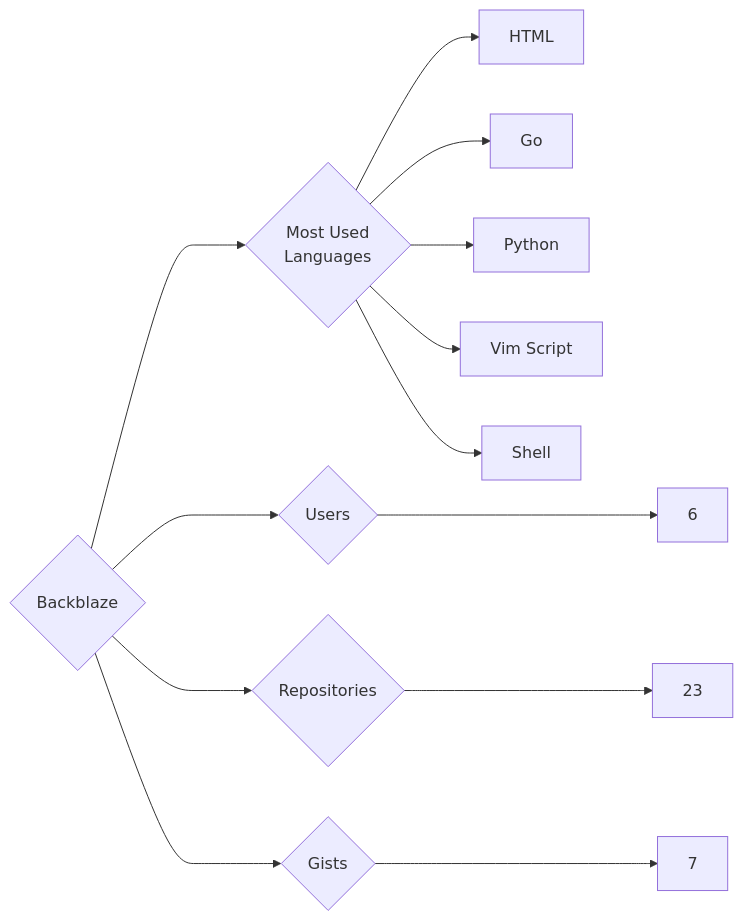
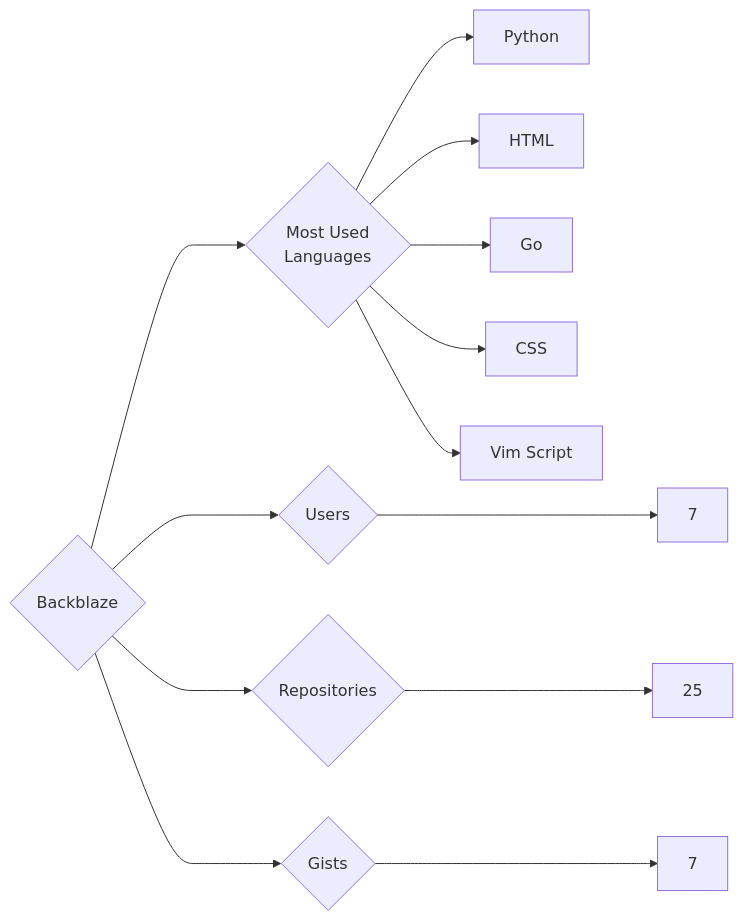
The diagram in targets/Backblaze/README.md (trickest/insiders), drawn with Mermaid before and after one commit. The commit also changed 1175 other files, not shown here.

````diff
--- a/targets/Backblaze/README.md
+++ b/targets/Backblaze/README.md
@@ -3,13 +3,13 @@
 ```mermaid
 graph LR
 COMPANY_NAME{Backblaze}
-COMPANY_NAME ---> U{Users} ---> UN[6]
-COMPANY_NAME ---> R{Repositories} ---> RN[23]
+COMPANY_NAME ---> U{Users} ---> UN[7]
+COMPANY_NAME ---> R{Repositories} ---> RN[25]
 COMPANY_NAME ---> G{Gists} ---> GN[7]
 COMPANY_NAME ---> ML{Most Used<br>Languages}
+ML --> Python[Python]
 ML --> HTML[HTML]
 ML --> Go[Go]
-ML --> Python[Python]
+ML --> CSS[CSS]
 ML --> Vim_Script[Vim Script]
-ML --> Shell[Shell]
 ```
````
